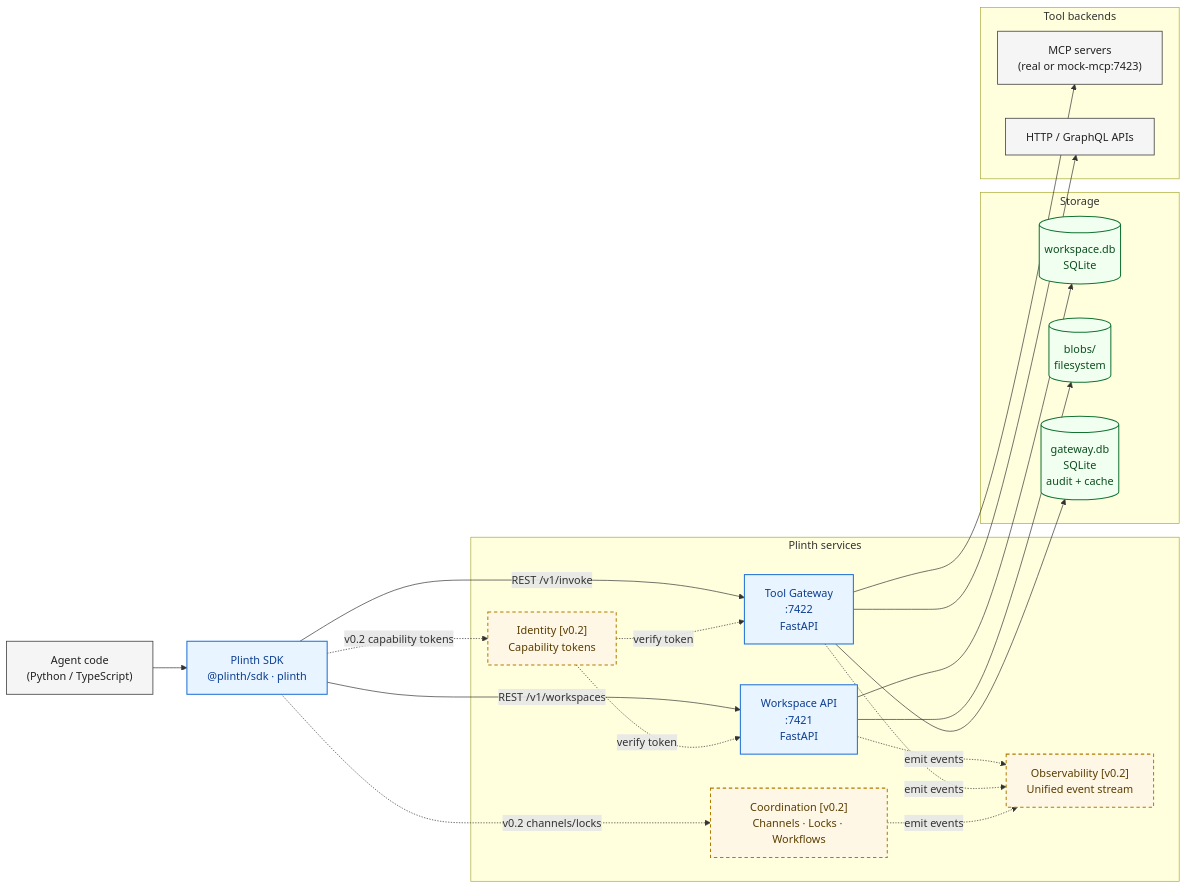
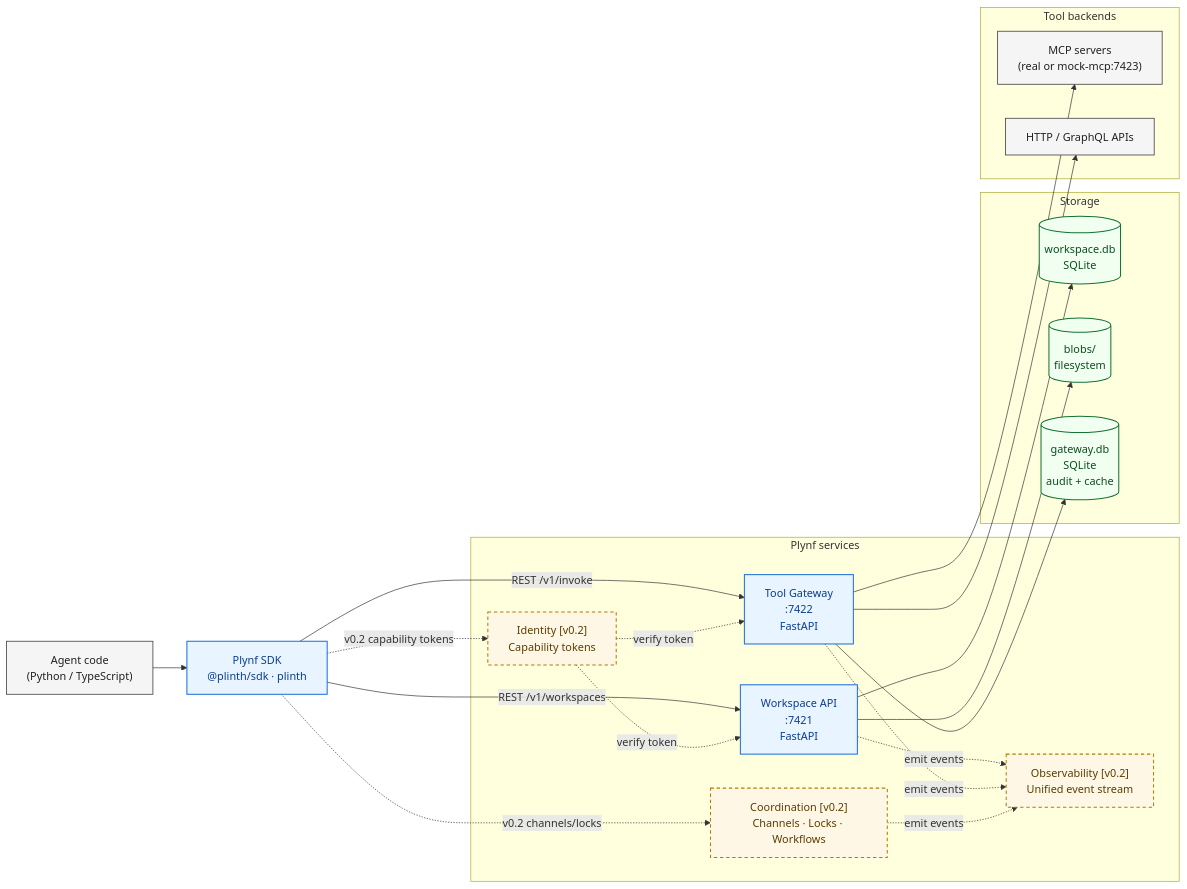
The diagram in specs/diagrams/architecture-overview.md (nico-schindlbeck-jpg/plynf), drawn with Mermaid before and after one commit. The commit also changed other lines of this file and 209 other files, not shown here.

First line of the commit message:
rebrand: Plinth → Plynf (text/docs/marketing surfaces only)

````diff
--- a/specs/diagrams/architecture-overview.md
+++ b/specs/diagrams/architecture-overview.md
@@ -12,47 +12,47 @@
 ```mermaid
 flowchart LR
     classDef shipped fill:#e8f4ff,stroke:#1e6fd9,color:#0b3d91,stroke-width:1.5px;
     classDef future fill:#fff7e6,stroke:#b07d00,color:#5a3e00,stroke-dasharray: 5 4,stroke-width:1.5px;
     classDef storage fill:#f0fff0,stroke:#137333,color:#0d4e1f,stroke-width:1.5px;
     classDef external fill:#f5f5f5,stroke:#444,color:#222,stroke-width:1.2px;
 
     Agent["Agent code\n(Python / TypeScript)"]:::external
-    SDK["Plinth SDK\n@plinth/sdk · plinth"]:::shipped
+    SDK["Plynf SDK\n@plinth/sdk · plinth"]:::shipped
 
-    subgraph Services["Plinth services"]
+    subgraph Services["Plynf services"]
         Workspace["Workspace API\n:7421\nFastAPI"]:::shipped
         Gateway["Tool Gateway\n:7422\nFastAPI"]:::shipped
         Coord["Coordination [v0.2]\nChannels · Locks · Workflows"]:::future
         Obs["Observability [v0.2]\nUnified event stream"]:::future
         Identity["Identity [v0.2]\nCapability tokens"]:::future
     end
 
     subgraph Storage["Storage"]
         WSDB[("workspace.db\nSQLite")]:::storage
         Blobs[("blobs/\nfilesystem")]:::storage
         GWDB[("gateway.db\nSQLite\naudit + cache")]:::storage
     end
 
     subgraph Tools["Tool backends"]
         MCP["MCP servers\n(real or mock-mcp:7423)"]:::external
         HTTP["HTTP / GraphQL APIs"]:::external
     end
 
     Agent --> SDK
     SDK -->|REST /v1/workspaces| Workspace
     SDK -->|REST /v1/invoke| Gateway
     SDK -.->|v0.2 channels/locks| Coord
     SDK -.->|v0.2 capability tokens| Identity
 
     Workspace --> WSDB
     Workspace --> Blobs
     Gateway --> GWDB
     Gateway --> MCP
     Gateway --> HTTP
 
     Workspace -.->|emit events| Obs
     Gateway -.->|emit events| Obs
     Coord -.->|emit events| Obs
     Identity -.->|verify token| Gateway
     Identity -.->|verify token| Workspace
 ```
````
